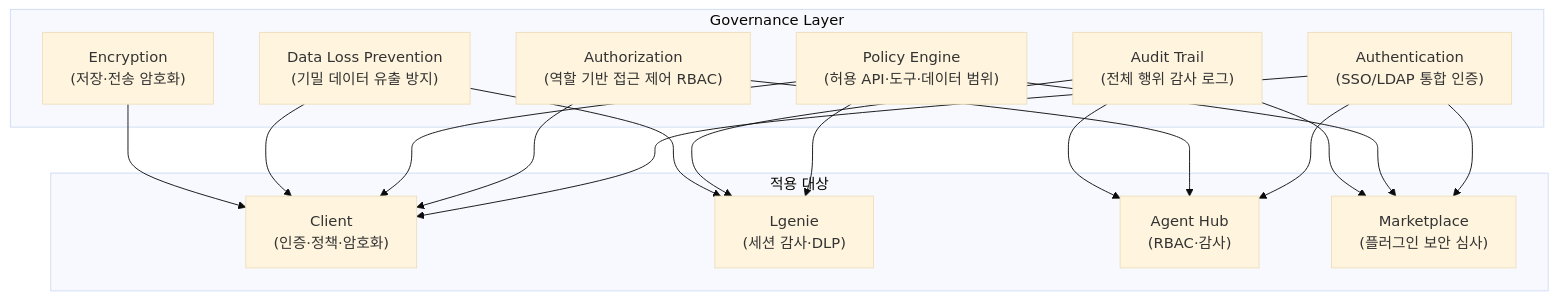
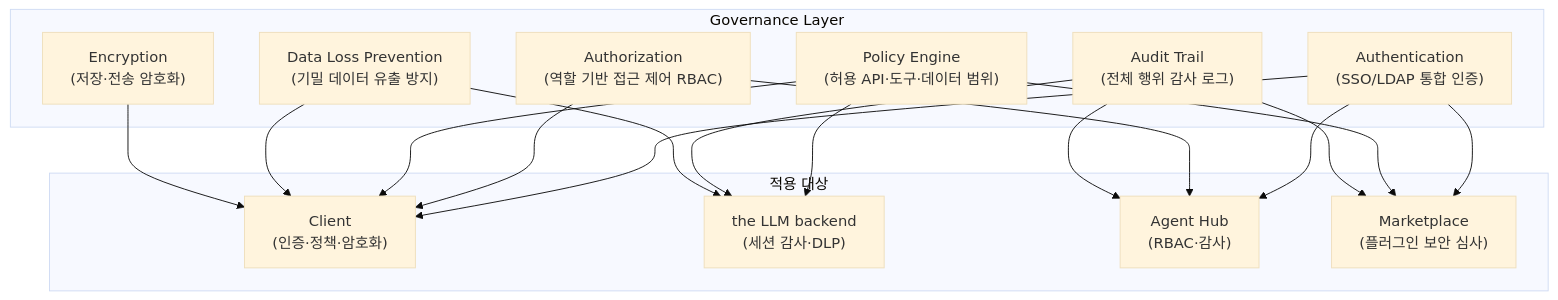
Diagram 43 of 44 in docs/architecture/architecture.md (lvis-project/lvis-app), drawn with Mermaid (base theme) before and after one commit. The commit also changed other lines of this file and 85 other files, not shown here.

````diff
--- a/docs/architecture/architecture.md
+++ b/docs/architecture/architecture.md
@@ -3698,33 +3698,33 @@
 ```mermaid
 graph TB
     subgraph "Governance Layer"
         AUTH["Authentication<br/>(SSO/LDAP 통합 인증)"]
         AUTHZ["Authorization<br/>(역할 기반 접근 제어 RBAC)"]
         POLICY_ENG["Policy Engine<br/>(허용 API·도구·데이터 범위)"]
         AUDIT_SVC["Audit Trail<br/>(전체 행위 감사 로그)"]
         DLP["Data Loss Prevention<br/>(기밀 데이터 유출 방지)"]
         ENCRYPT["Encryption<br/>(저장·전송 암호화)"]
     end
 
     subgraph "적용 대상"
         C_CLIENT["Client<br/>(인증·정책·암호화)"]
-        C_LGENIE["Lgenie<br/>(세션 감사·DLP)"]
+        C_LLM_BACKEND["the LLM backend<br/>(세션 감사·DLP)"]
         C_HUB["Agent Hub<br/>(RBAC·감사)"]
         C_MARKET["Marketplace<br/>(플러그인 보안 심사)"]
     end
 
     AUTH --> C_CLIENT
     AUTH --> C_HUB
     AUTH --> C_MARKET
     AUTHZ --> C_CLIENT
     AUTHZ --> C_HUB
     POLICY_ENG --> C_CLIENT
-    POLICY_ENG --> C_LGENIE
+    POLICY_ENG --> C_LLM_BACKEND
     POLICY_ENG --> C_MARKET
-    AUDIT_SVC --> C_LGENIE
+    AUDIT_SVC --> C_LLM_BACKEND
     AUDIT_SVC --> C_HUB
     AUDIT_SVC --> C_MARKET
-    DLP --> C_LGENIE
+    DLP --> C_LLM_BACKEND
     DLP --> C_CLIENT
     ENCRYPT --> C_CLIENT
 ```
````
